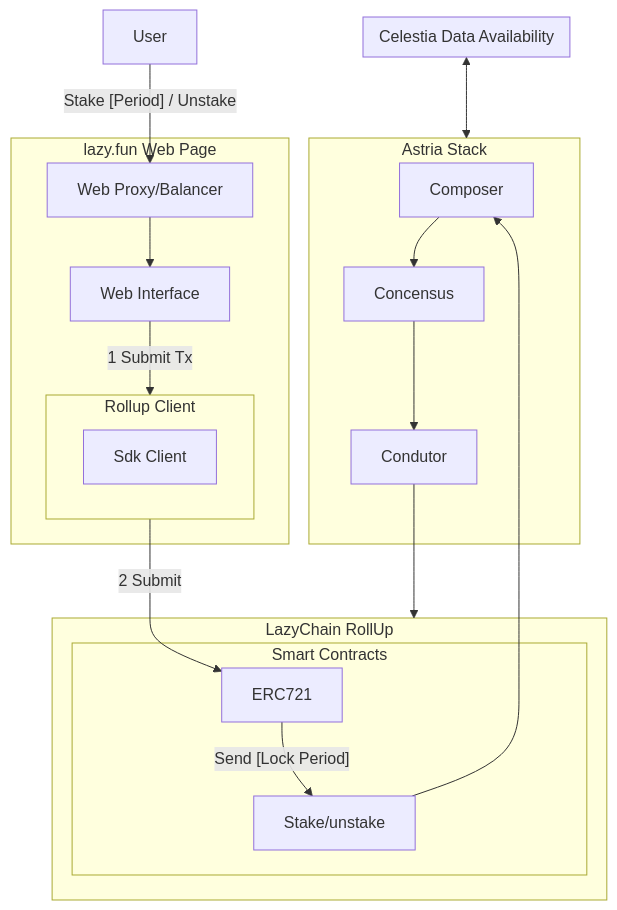
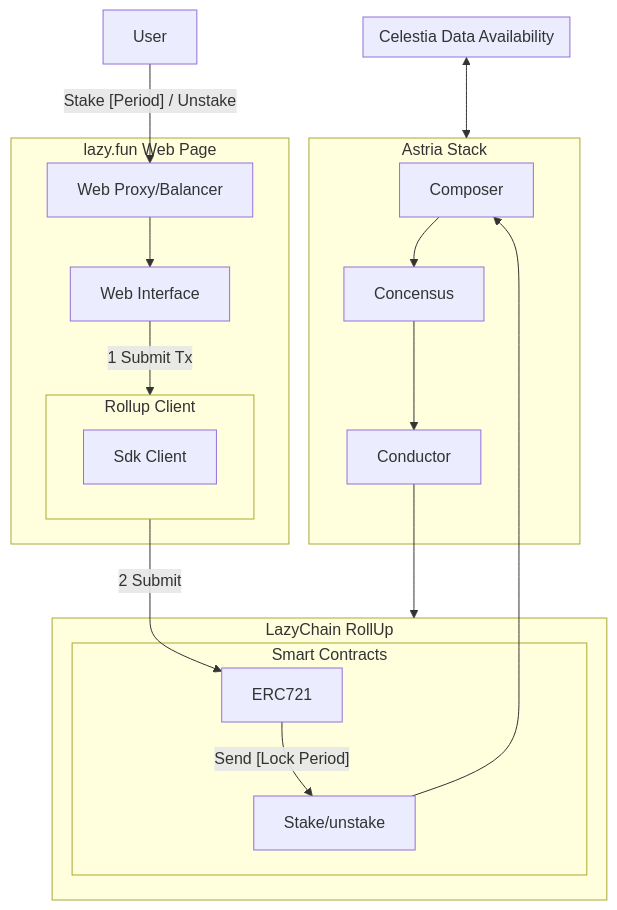
Before and after one commit to Lazychain/celestia_workshop: the first of 2 diagrams in docs/specifications/architecture.md, drawn with Mermaid. The commit also changed other lines of this file and 2 other files, not shown here.

Commit message:
fix: Update README.md and fix some spelling errors

````diff
--- a/docs/specifications/architecture.md
+++ b/docs/specifications/architecture.md
@@ -7,40 +7,40 @@
 ```mermaid
 flowchart TB
     User["User"]
 
     subgraph Frontend["lazy.fun Web Page"]
         subgraph RKC["Rollup Client"]
             RKC_A["Sdk Client"] 
         end
         Proxy["Web Proxy/Balancer"]
         UI["Web Interface"]
 
         Proxy --> UI
         
     end
 
     subgraph RK["LazyChain RollUp"]
         subgraph RK_SC["Smart Contracts"]
             RK_SC_721["ERC721"]
             RK_SC_721_STAKE["Stake/unstake"]
         end
     end
 
     subgraph Celestia["Celestia Data Availability"]
     end
 
     subgraph Astria["Astria Stack"]
         Composer --> Concensus
-        Concensus --> Condutor
+        Concensus --> Conductor
 
 
     end
 
     User -- Stake [Period] / Unstake --> Proxy
     UI --1 Submit Tx --> RKC
     RKC -- 2 Submit --> RK_SC_721
     RK_SC_721 -- Send [Lock Period] --> RK_SC_721_STAKE
     RK_SC_721_STAKE --> Composer 
     Celestia <--> Astria
-    Condutor --> RK
+    Conductor --> RK
 ```
````
